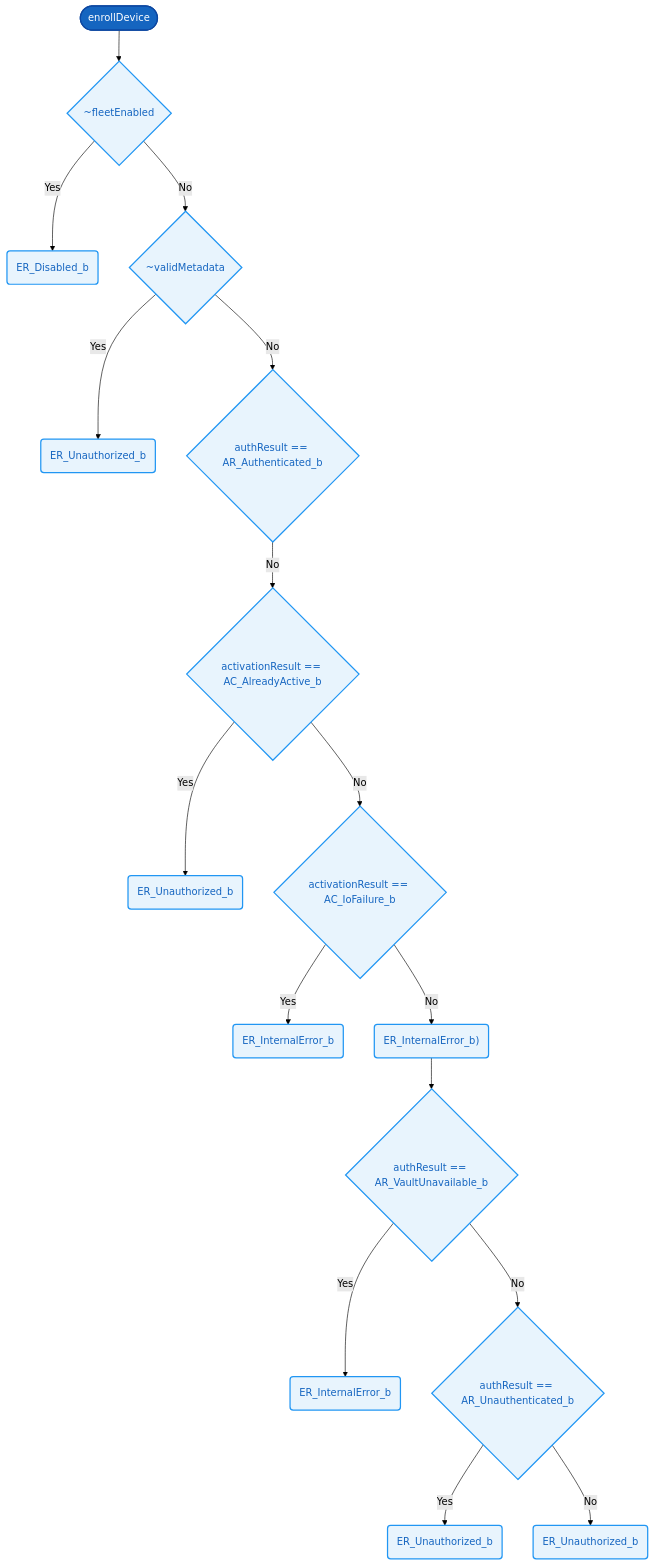
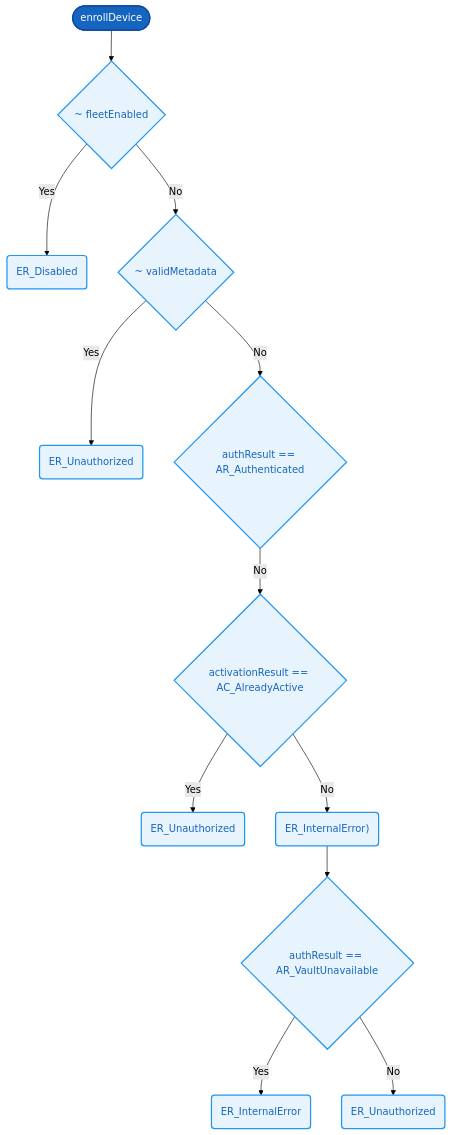
One commit to AmeliaRose802/formal-verification-demo-protocol changed the diagram in docs/functions/enrollDevice.md. Above: the diagram before and after it, drawn with Mermaid (forest theme). The commit also changed other lines of this file and 85 other files, not shown here.

````diff
--- a/docs/functions/enrollDevice.md
+++ b/docs/functions/enrollDevice.md
@@ -40,21 +36,17 @@
 ```mermaid
 flowchart TD
   Start(["enrollDevice"])
-  Start --> C0{"~fleetEnabled"}
-  C0 -->|Yes| R0("ER_Disabled_b")
-  C0 -->|No| C1{"~validMetadata"}
-  C1 -->|Yes| R1("ER_Unauthorized_b")
-  C1 -->|No| C2{"authResult == AR_Authenticated_b"}
-  C2 -->|No| C3{"activationResult == AC_AlreadyActive_b"}
-  C3 -->|Yes| R2("ER_Unauthorized_b")
-  C3 -->|No| C4{"activationResult == AC_IoFailure_b"}
-  C4 -->|Yes| R3("ER_InternalError_b")
-  C4 -->|No| R4("ER_InternalError_b)")
-  R4 --> C5{"authResult == AR_VaultUnavailable_b"}
-  C5 -->|Yes| R5("ER_InternalError_b")
-  C5 -->|No| C6{"authResult == AR_Unauthenticated_b"}
-  C6 -->|Yes| R6("ER_Unauthorized_b")
-  C6 -->|No| R7("ER_Unauthorized_b")
+  Start --> C0{"~ fleetEnabled"}
+  C0 -->|Yes| R0("ER_Disabled")
+  C0 -->|No| C1{"~ validMetadata"}
+  C1 -->|Yes| R1("ER_Unauthorized")
+  C1 -->|No| C2{"authResult == AR_Authenticated"}
+  C2 -->|No| C3{"activationResult == AC_AlreadyActive"}
+  C3 -->|Yes| R2("ER_Unauthorized")
+  C3 -->|No| R3("ER_InternalError)")
+  R3 --> C4{"authResult == AR_VaultUnavailable"}
+  C4 -->|Yes| R4("ER_InternalError")
+  C4 -->|No| R5("ER_Unauthorized")
   classDef default fill:#e8f4fd,stroke:#2196F3,stroke-width:2px,color:#1565C0
   style Start fill:#1565C0,stroke:#0D47A1,color:#fff,stroke-width:2px
 ```
````
